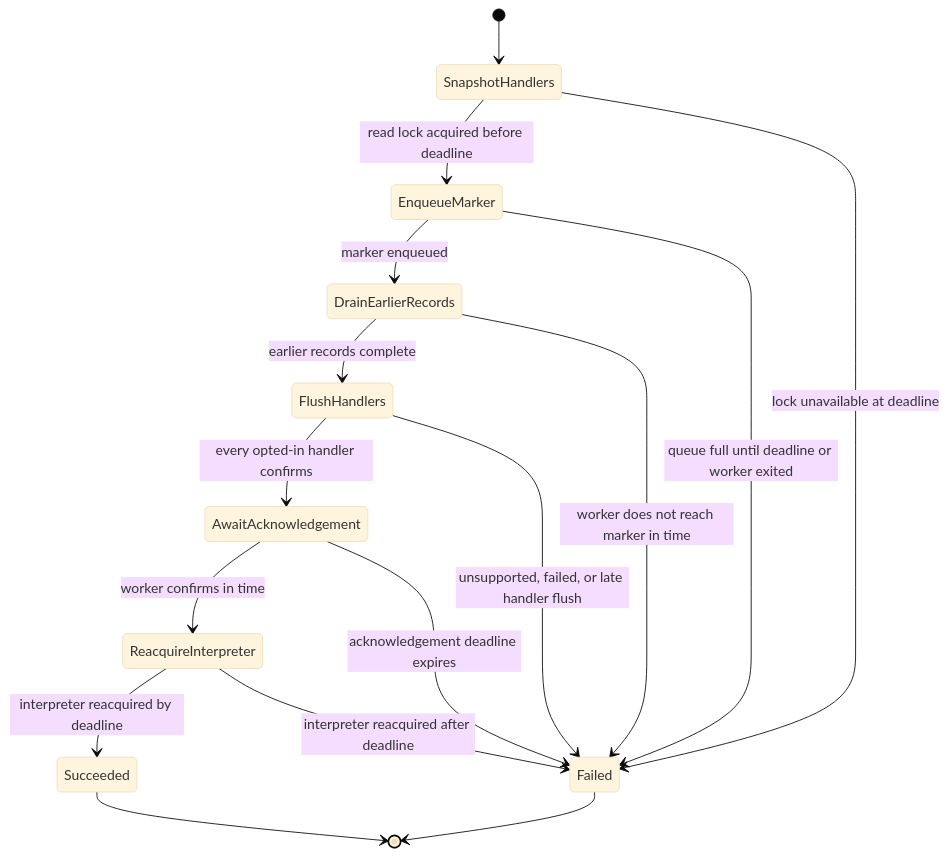
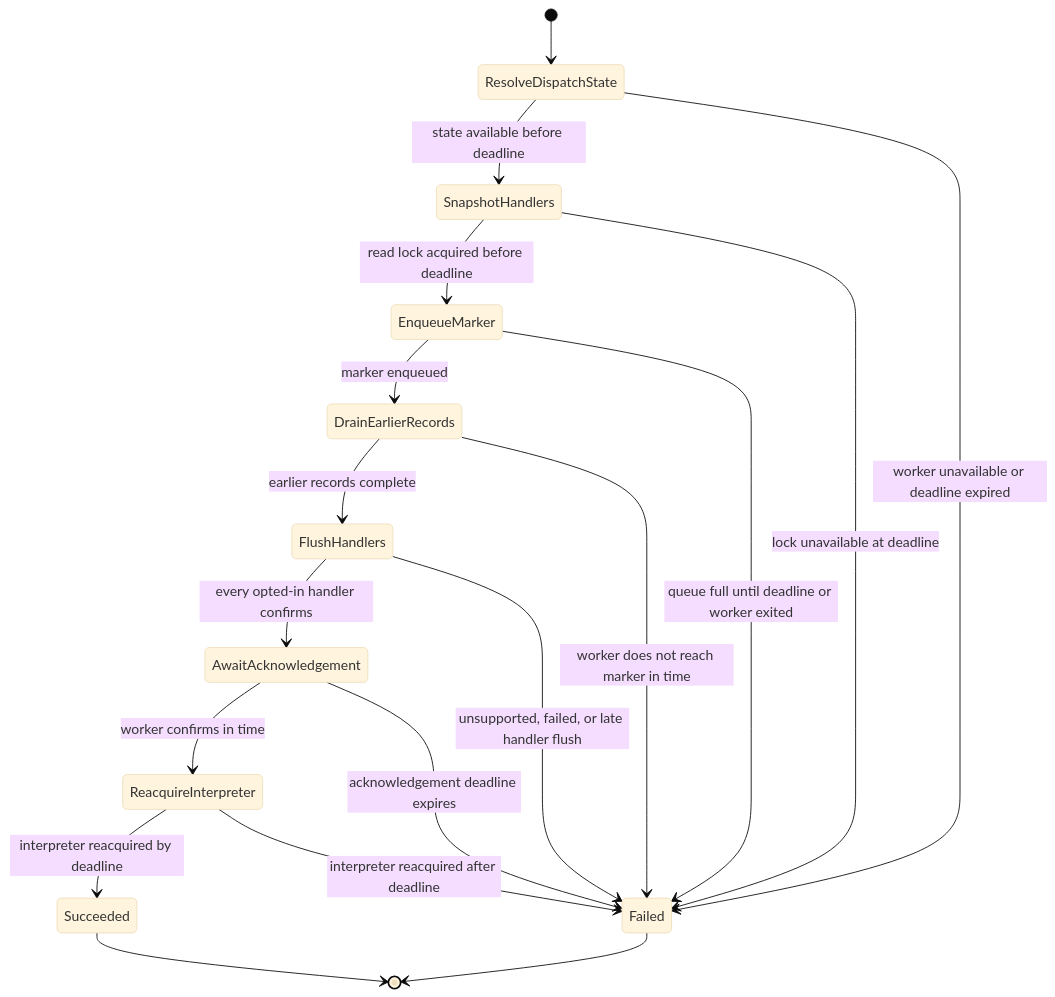
The first of 9 diagrams in docs/rust-multithreaded-logging-framework-for-python-design.md (leynos/femtologging), drawn with Mermaid (base theme) before and after one commit. The commit also changed other lines of this file and 21 other files, not shown here.

````diff
--- a/docs/rust-multithreaded-logging-framework-for-python-design.md
+++ b/docs/rust-multithreaded-logging-framework-for-python-design.md
@@ -222,18 +222,20 @@
 ```mermaid
 stateDiagram-v2
-    [*] --> SnapshotHandlers
+    [*] --> ResolveDispatchState
+    ResolveDispatchState --> SnapshotHandlers: state available before deadline
+    ResolveDispatchState --> Failed: worker unavailable or deadline expired
     SnapshotHandlers --> EnqueueMarker: read lock acquired before deadline
     SnapshotHandlers --> Failed: lock unavailable at deadline
     EnqueueMarker --> DrainEarlierRecords: marker enqueued
     EnqueueMarker --> Failed: queue full until deadline or worker exited
     DrainEarlierRecords --> FlushHandlers: earlier records complete
     DrainEarlierRecords --> Failed: worker does not reach marker in time
     FlushHandlers --> AwaitAcknowledgement: every opted-in handler confirms
     FlushHandlers --> Failed: unsupported, failed, or late handler flush
     AwaitAcknowledgement --> ReacquireInterpreter: worker confirms in time
     AwaitAcknowledgement --> Failed: acknowledgement deadline expires
     ReacquireInterpreter --> Succeeded: interpreter reacquired by deadline
     ReacquireInterpreter --> Failed: interpreter reacquired after deadline
     Succeeded --> [*]
     Failed --> [*]
 ```
````
